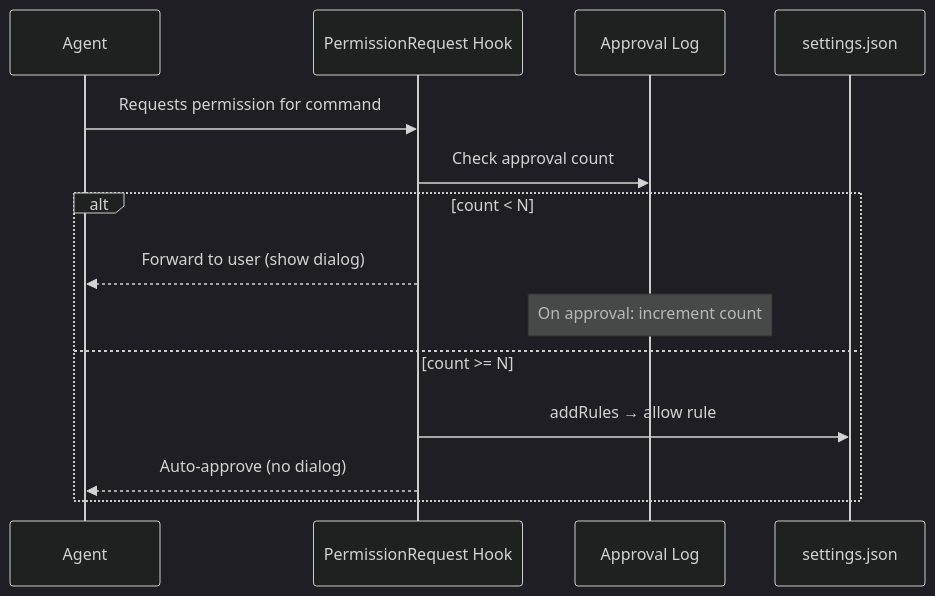
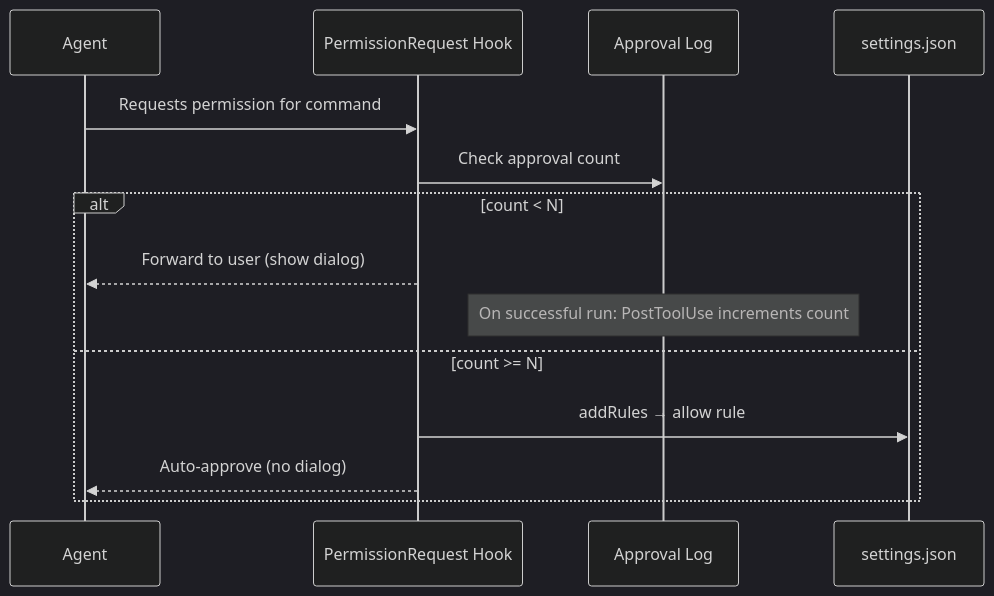
One commit to agentpatterns-ai/website changed the diagram in security/evidence-based-allowlist-auto-discovery.md. Above: the diagram before and after it, drawn with Mermaid (dark theme). The commit also changed other lines of this file and 28 other files, not shown here.

````diff
--- a/security/evidence-based-allowlist-auto-discovery.md
+++ b/security/evidence-based-allowlist-auto-discovery.md
@@ -29,17 +29,17 @@
 ```mermaid
 sequenceDiagram
     participant A as Agent
     participant H as PermissionRequest Hook
     participant L as Approval Log
     participant S as settings.json
 
     A->>H: Requests permission for command
     H->>L: Check approval count
     alt count < N
         H-->>A: Forward to user (show dialog)
-        Note over L: On approval: increment count
+        Note over L: On successful run: PostToolUse increments count
     else count >= N
         H->>S: addRules → allow rule
         H-->>A: Auto-approve (no dialog)
     end
 ```
````
